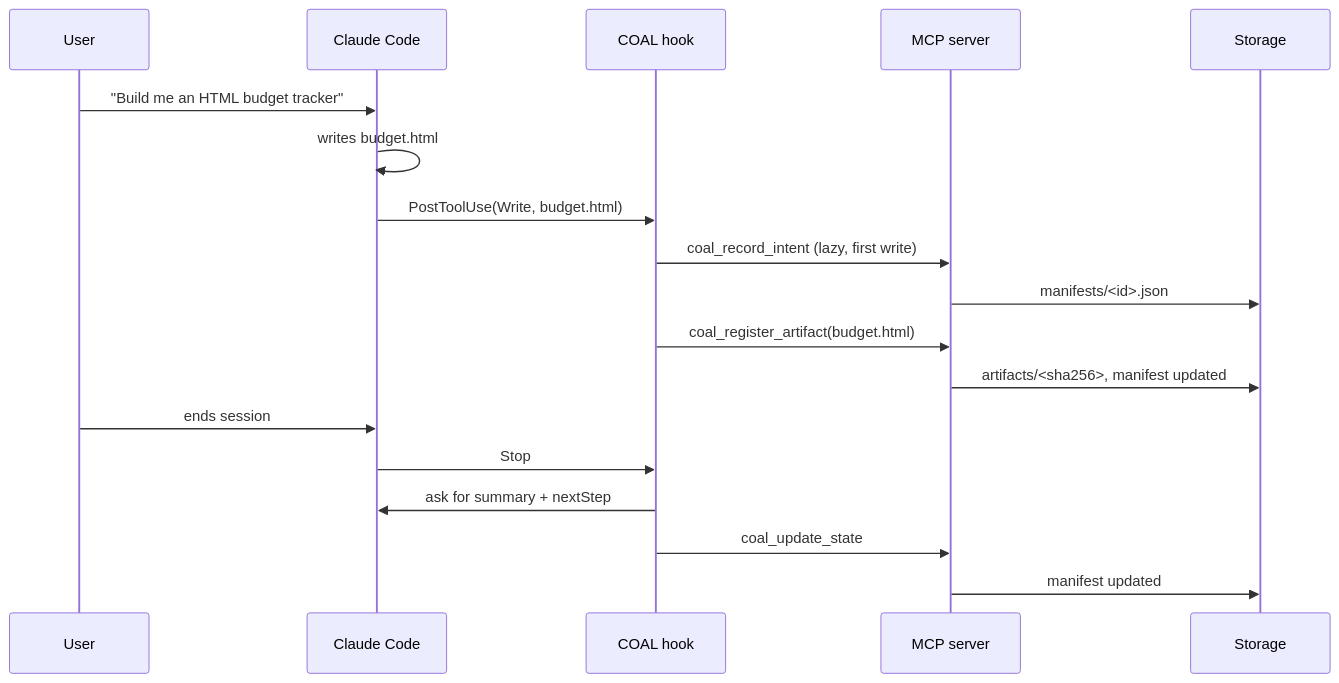
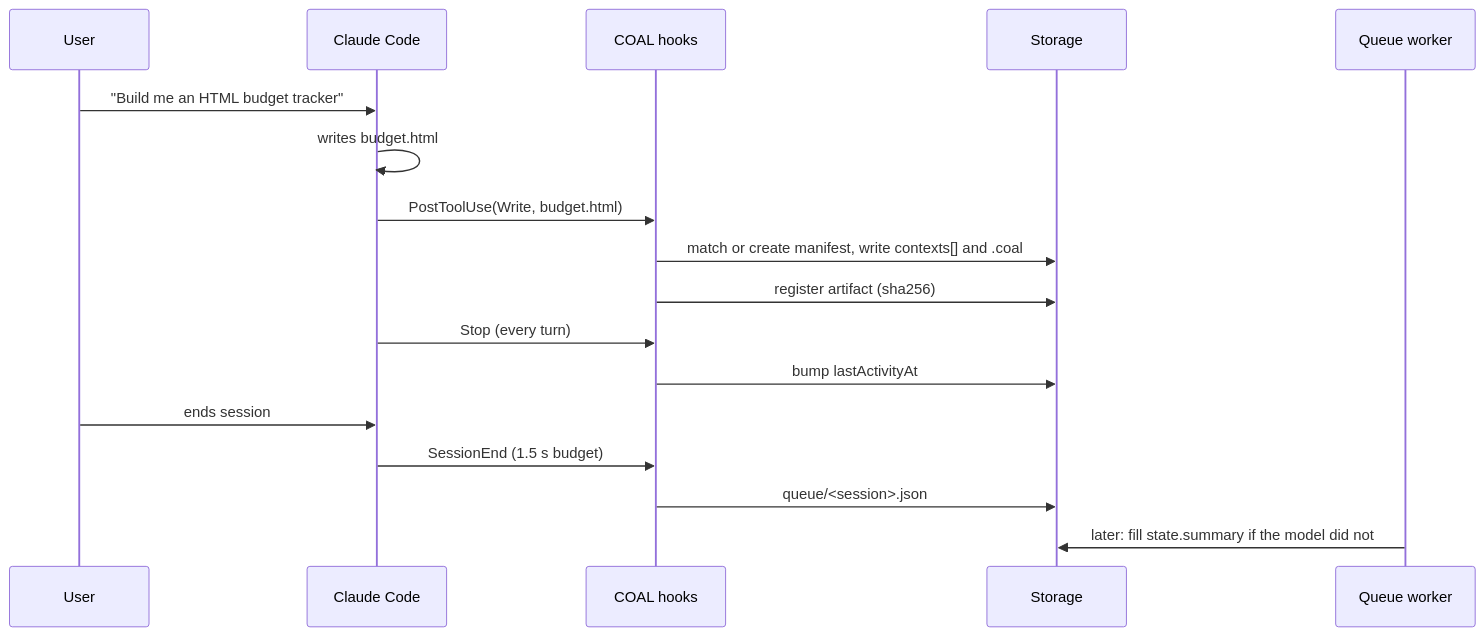
The third of 7 diagrams in docs/03-ARCHITECTURE.md (calebtonn/coal), drawn with Mermaid before and after one commit. The commit also changed other lines of this file and 5 other files, not shown here.

````diff
--- a/docs/03-ARCHITECTURE.md
+++ b/docs/03-ARCHITECTURE.md
@@ -56,21 +56,20 @@
 ```mermaid
 sequenceDiagram
     participant U as User
     participant CC as Claude Code
-    participant H as COAL hook
-    participant M as MCP server
+    participant H as COAL hooks
     participant S as Storage
+    participant Q as Queue worker
 
     U->>CC: "Build me an HTML budget tracker"
     CC->>CC: writes budget.html
     CC->>H: PostToolUse(Write, budget.html)
-    H->>M: coal_record_intent (lazy, first write)
-    M->>S: manifests/<id>.json
-    H->>M: coal_register_artifact(budget.html)
-    M->>S: artifacts/<sha256>, manifest updated
+    H->>S: match or create manifest, write contexts[] and .coal
+    H->>S: register artifact (sha256)
+    CC->>H: Stop (every turn)
+    H->>S: bump lastActivityAt
     U->>CC: ends session
-    CC->>H: Stop
-    H->>CC: ask for summary + nextStep
-    H->>M: coal_update_state
-    M->>S: manifest updated
+    CC->>H: SessionEnd (1.5 s budget)
+    H->>S: queue/<session>.json
+    Q->>S: later: fill state.summary if the model did not
 ```
````
